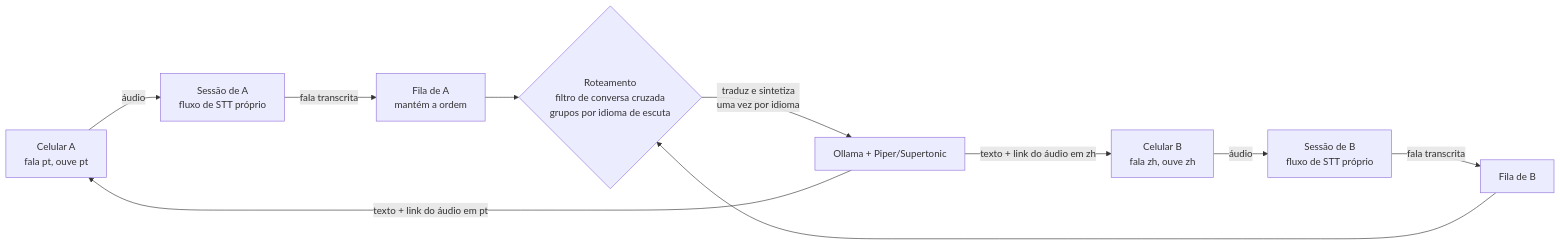
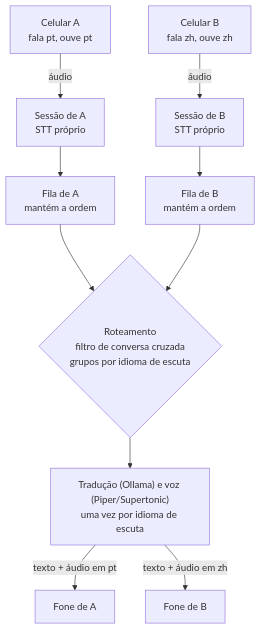
One commit to gabitargino/translator-room changed the first of 2 diagrams in docs/relatorio-atividade04.md. Above: the diagram before and after it, drawn with Mermaid. The commit also changed other lines of this file and 1 other file, not shown here.

````diff
--- a/docs/relatorio-atividade04.md
+++ b/docs/relatorio-atividade04.md
@@ -227,12 +221,12 @@
 ```mermaid
-flowchart LR
-    A[Celular A<br/>fala pt, ouve pt] -- áudio --> SA[Sessão de A<br/>fluxo de STT próprio]
-    B[Celular B<br/>fala zh, ouve zh] -- áudio --> SB[Sessão de B<br/>fluxo de STT próprio]
-    SA -- fala transcrita --> FA[Fila de A<br/>mantém a ordem]
-    SB -- fala transcrita --> FB[Fila de B]
-    FA --> R{Roteamento<br/>filtro de conversa cruzada<br/>grupos por idioma de escuta}
+flowchart TB
+    A["Celular A<br/>fala pt, ouve pt"] -- áudio --> SA["Sessão de A<br/>STT próprio"]
+    B["Celular B<br/>fala zh, ouve zh"] -- áudio --> SB["Sessão de B<br/>STT próprio"]
+    SA --> FA["Fila de A<br/>mantém a ordem"]
+    SB --> FB["Fila de B<br/>mantém a ordem"]
+    FA --> R{"Roteamento<br/>filtro de conversa cruzada<br/>grupos por idioma de escuta"}
     FB --> R
-    R -- traduz e sintetiza<br/>uma vez por idioma --> MT[Ollama + Piper/Supertonic]
-    MT -- texto + link do áudio em zh --> B
-    MT -- texto + link do áudio em pt --> A
+    R --> MT["Tradução (Ollama) e voz (Piper/Supertonic)<br/>uma vez por idioma de escuta"]
+    MT -- "texto + áudio em pt" --> OA["Fone de A"]
+    MT -- "texto + áudio em zh" --> OB["Fone de B"]
 ```
````
